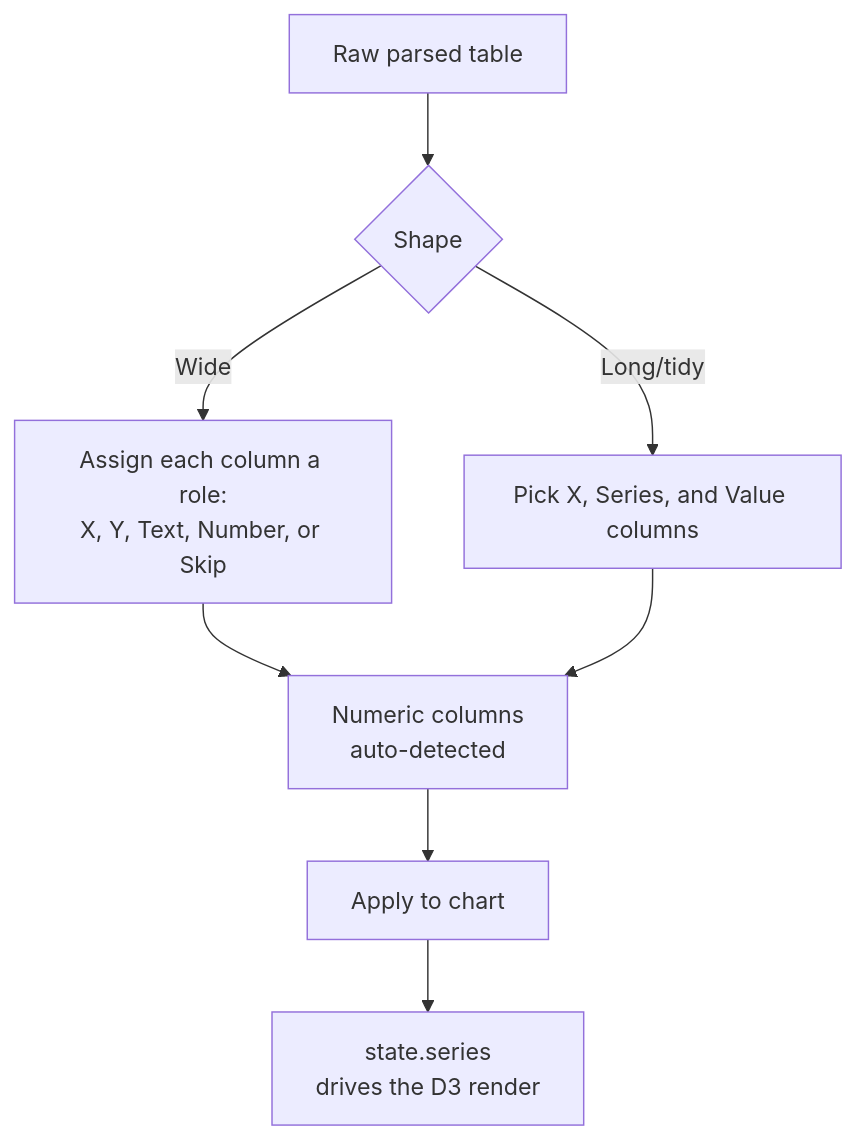
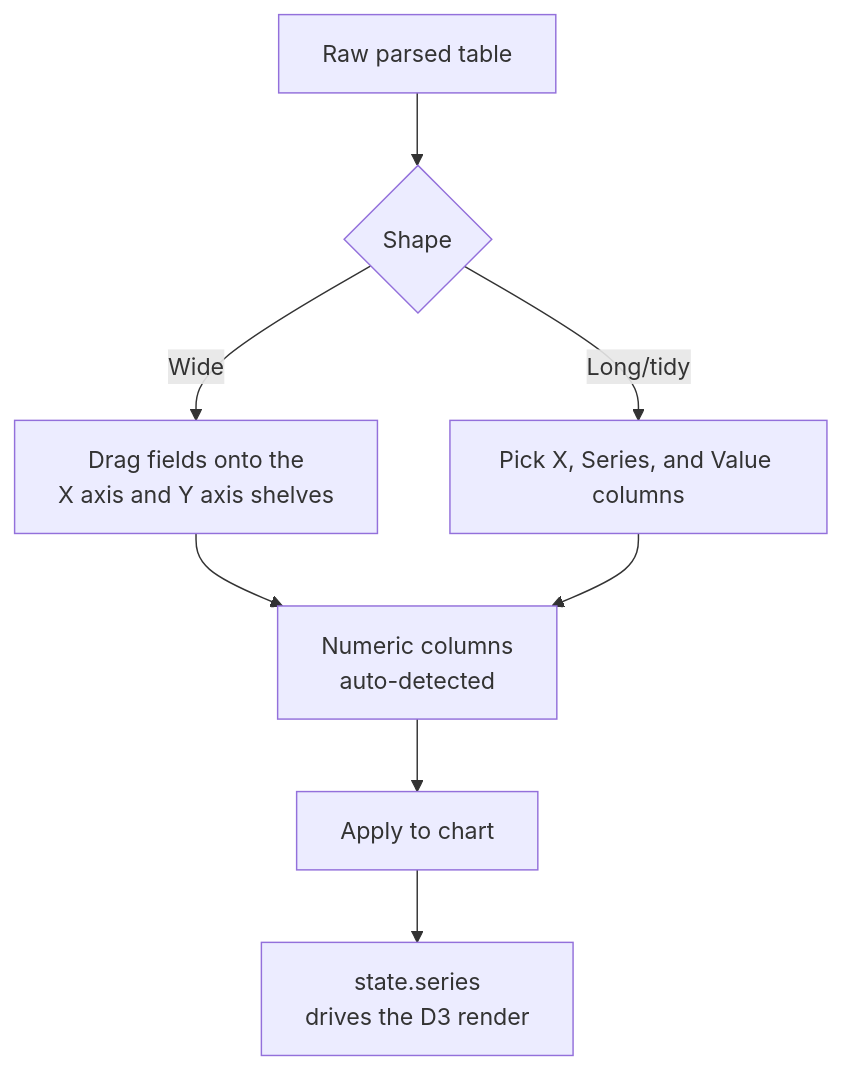
The second of 2 diagrams in README.md (Defani/Ploots-click), drawn with Mermaid before and after one commit. The commit also changed other lines of this file and 38 other files, not shown here.

First line of the commit message:
README: new screenshots of every UI and chart type

````diff
--- a/README.md
+++ b/README.md
@@ -176,10 +276,10 @@
 ```mermaid
 flowchart TD
     Raw[Raw parsed table] --> Shape{Shape}
-    Shape -- Wide --> Wide[Assign each column a role:<br/>X, Y, Text, Number, or Skip]
+    Shape -- Wide --> Wide[Drag fields onto the<br/>X axis and Y axis shelves]
     Shape -- Long/tidy --> Long[Pick X, Series, and Value columns]
     Wide --> Detect[Numeric columns<br/>auto-detected]
     Long --> Detect
     Detect --> Apply[Apply to chart]
     Apply --> Series[state.series<br/>drives the D3 render]
 ```
````
